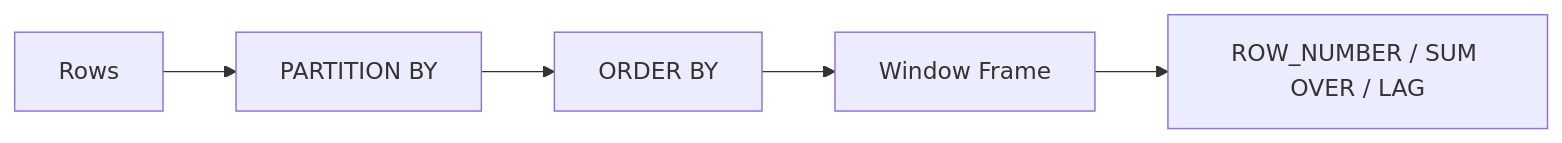
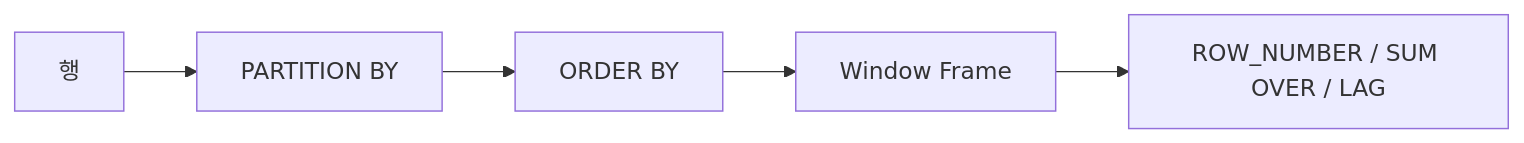
One commit to mandoobox/mandoobox.github.io changed diagram 17 of 54 in _posts/cs-note/2026-02-27-database.md. Above: the diagram before and after it, drawn with Mermaid. The commit also changed other lines of this file and 18 other files, not shown here.

````diff
--- a/_posts/cs-note/2026-02-27-database.md
+++ b/_posts/cs-note/2026-02-27-database.md
@@ -592,7 +593,7 @@
 ```mermaid
 flowchart LR
-  R[Rows] --> P[PARTITION BY]
+  R[행] --> P[PARTITION BY]
   P --> O[ORDER BY]
   O --> F[Window Frame]
   F --> W["ROW_NUMBER / SUM OVER / LAG"]
 ```
````
